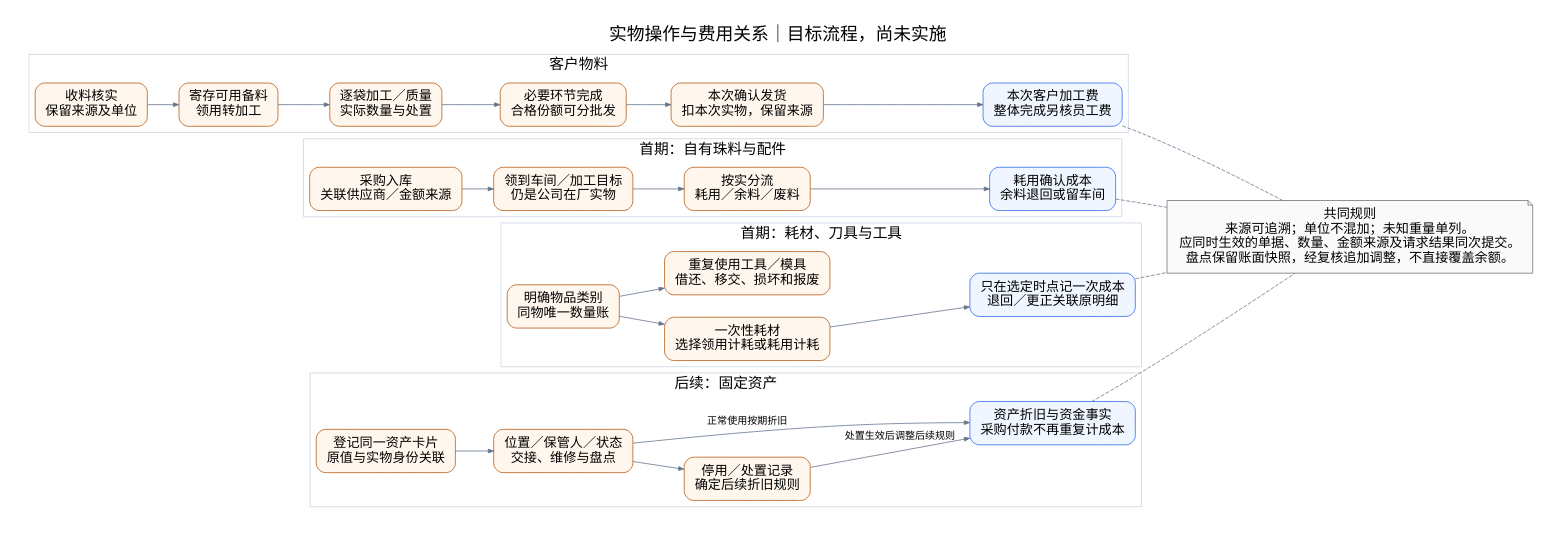
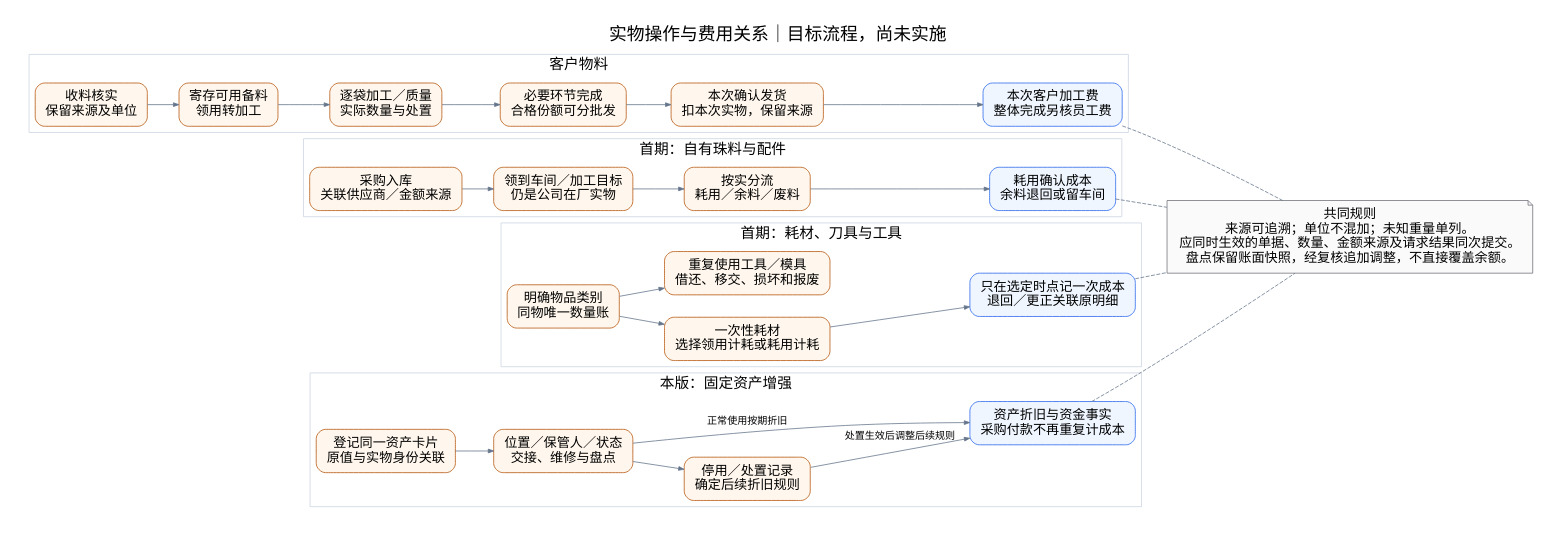
One commit to sxliuchen-hash/zhubao-ERP changed the diagram in docs/diagrams/inventory-assets-review/02-operations-and-finance.dot. Above: the diagram before and after it, drawn with Graphviz. The commit also changed 25 other files, not shown here.

```diff
--- a/docs/diagrams/inventory-assets-review/02-operations-and-finance.dot
+++ b/docs/diagrams/inventory-assets-review/02-operations-and-finance.dot
@@ -1,41 +1,41 @@
 digraph G {
  graph [fontname="SimSun",fontsize=23,label="实物操作与费用关系｜目标流程，尚未实施",labelloc=t,rankdir=LR,bgcolor="white",pad="0.3",nodesep="0.4",ranksep="0.55"];
  node [fontname="SimSun",fontsize=17,shape=box,style="rounded,filled",color="#b45309",fillcolor="#fff7ed",margin="0.16,0.12"];
  edge [fontname="SimSun",fontsize=13,color="#64748b",arrowsize=0.7];
  subgraph cluster_customer {
   label="客户物料";fontname="SimSun";fontsize=19;color="#cbd5e1";
   c1 [label="收料核实\n保留来源及单位"];
   c2 [label="寄存可用备料\n领用转加工"];
   c3 [label="逐袋加工／质量\n实际数量与处置"];
   c4 [label="必要环节完成\n合格份额可分批发"];
   c5 [label="本次确认发货\n扣本次实物，保留来源"];
   c6 [label="本次客户加工费\n整体完成另核员工费",fillcolor="#eff6ff",color="#2563eb"];
   c1 -> c2;c2 -> c3;c3 -> c4;c4 -> c5;c5 -> c6;
  }
  subgraph cluster_company {
   label="首期：自有珠料与配件";fontname="SimSun";fontsize=19;color="#cbd5e1";
   m1 [label="采购入库\n关联供应商／金额来源"];
   m2 [label="领到车间／加工目标\n仍是公司在厂实物"];
   m3 [label="按实分流\n耗用／余料／废料"];
   m4 [label="耗用确认成本\n余料退回或留车间",fillcolor="#eff6ff",color="#2563eb"];
   m1 -> m2;m2 -> m3;m3 -> m4;
  }
  subgraph cluster_consumable {
   label="首期：耗材、刀具与工具";fontname="SimSun";fontsize=19;color="#cbd5e1";
   t1 [label="明确物品类别\n同物唯一数量账"];
   t2 [label="一次性耗材\n选择领用计耗或耗用计耗"];
   t3 [label="只在选定时点记一次成本\n退回／更正关联原明细",fillcolor="#eff6ff",color="#2563eb"];
   t4 [label="重复使用工具／模具\n借还、移交、损坏和报废"];
   t1 -> t2;t2 -> t3;t1 -> t4;
  }
  subgraph cluster_asset {
-  label="后续：固定资产";fontname="SimSun";fontsize=19;color="#cbd5e1";
+  label="本版：固定资产增强";fontname="SimSun";fontsize=19;color="#cbd5e1";
   a1 [label="登记同一资产卡片\n原值与实物身份关联"];
   a2 [label="位置／保管人／状态\n交接、维修与盘点"];
   a3 [label="停用／处置记录\n确定后续折旧规则"];
   a4 [label="资产折旧与资金事实\n采购付款不再重复计成本",fillcolor="#eff6ff",color="#2563eb"];
   a1 -> a2;a2 -> a3;a2 -> a4 [label="正常使用按期折旧"];a3 -> a4 [label="处置生效后调整后续规则"];
  }
  note [shape=note,label="共同规则\n来源可追溯；单位不混加；未知重量单列。\n应同时生效的单据、数量、金额来源及请求结果同次提交。\n盘点保留账面快照，经复核追加调整，不直接覆盖余额。",fillcolor="#fafafa",color="#71717a"];
  c6 -> note [style=dashed,arrowhead=none];m4 -> note [style=dashed,arrowhead=none];t3 -> note [style=dashed,arrowhead=none];a4 -> note [style=dashed,arrowhead=none];
 }
```
